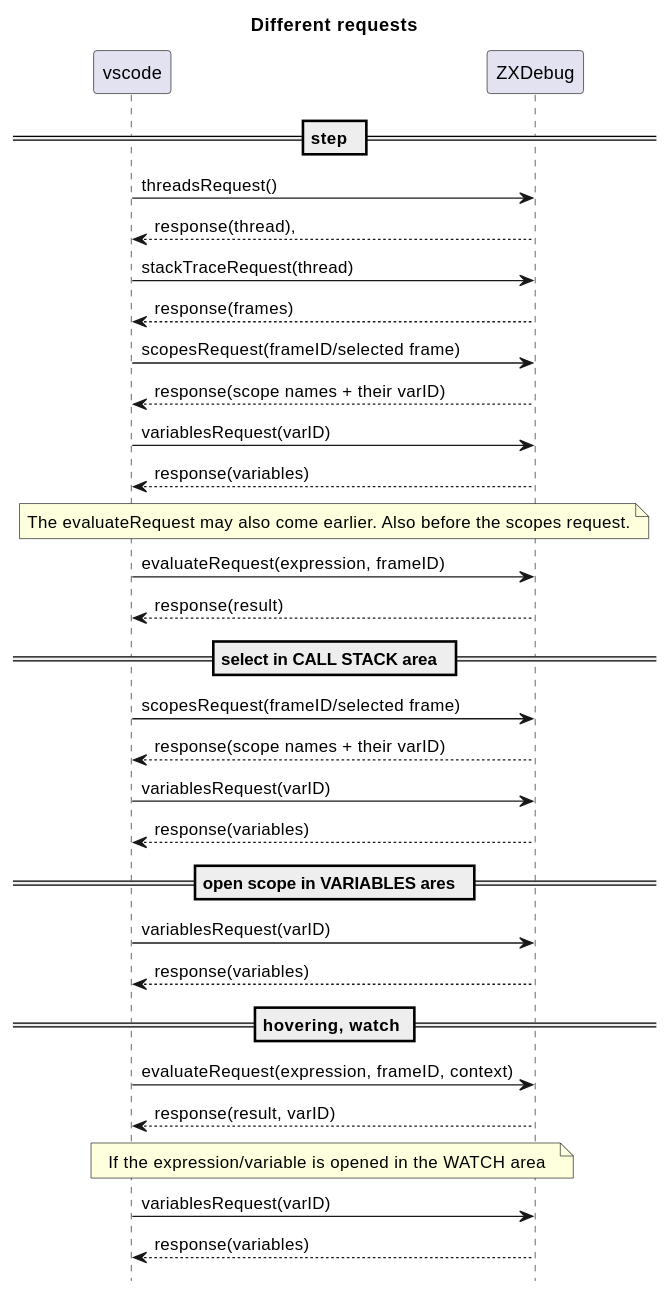
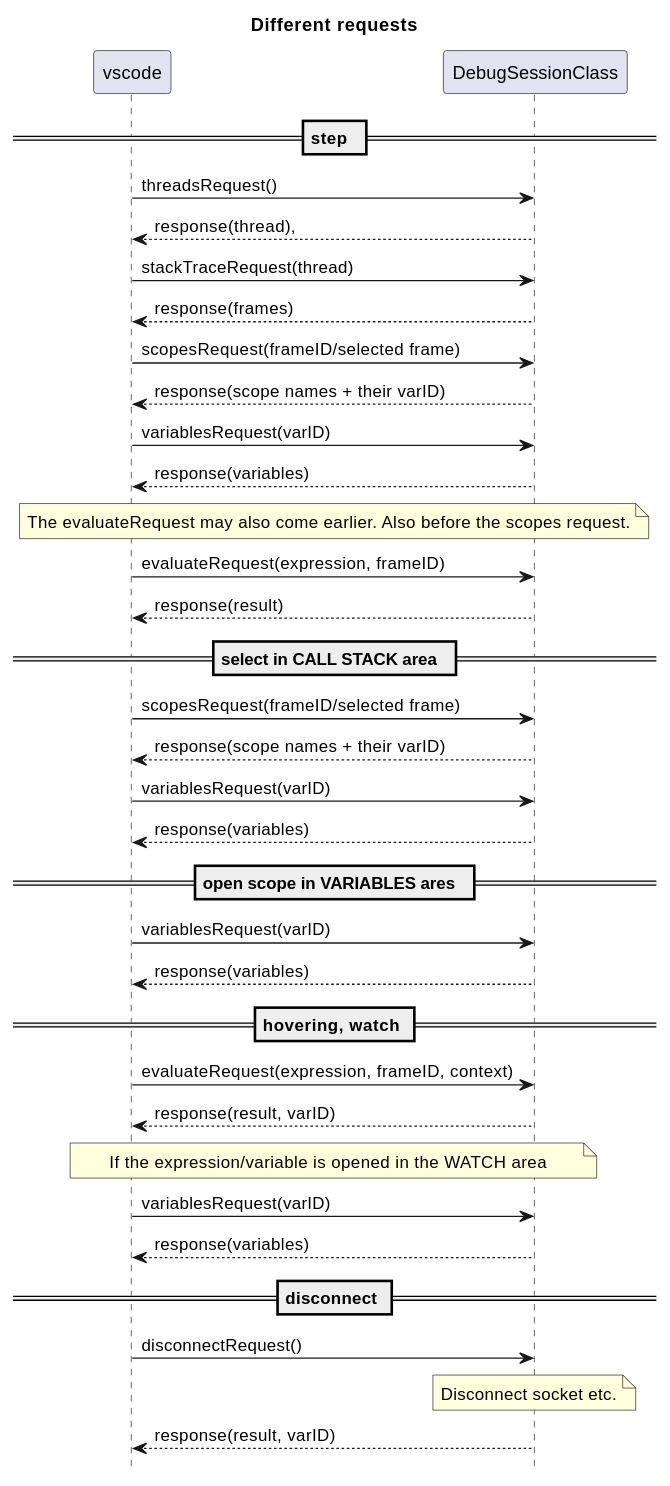
The diagram in design/requests.md (maziac/DeZog), drawn with PlantUML before and after one commit. The commit also changed 3 other files, not shown here.

`````diff
--- a/design/requests.md
+++ b/design/requests.md
@@ -3,53 +3,62 @@
 ```puml
 title Different requests
 
 hide footbox
 
 
 participant vscode
-participant ZXDebug
+participant ZXDebug as "DebugSessionClass"
 'participant ZXSocket as "Zesarux\nSocket"
 
 == step  ==
 
 vscode -> ZXDebug: threadsRequest()
 vscode <-- ZXDebug: response(thread)‚
 
 vscode -> ZXDebug: stackTraceRequest(thread)
 vscode <-- ZXDebug: response(frames)
 
 vscode -> ZXDebug: scopesRequest(frameID/selected frame)
 vscode <-- ZXDebug: response(scope names + their varID)
 
 vscode -> ZXDebug: variablesRequest(varID)
 vscode <-- ZXDebug: response(variables)
 
 note over vscode, ZXDebug: The evaluateRequest may also come earlier. Also before the scopes request.
 vscode -> ZXDebug: evaluateRequest(expression, frameID)
 vscode <-- ZXDebug: response(result)
 
 == select in CALL STACK area  ==
 
 vscode -> ZXDebug: scopesRequest(frameID/selected frame)
 vscode <-- ZXDebug: response(scope names + their varID)
 
 vscode -> ZXDebug: variablesRequest(varID)
 vscode <-- ZXDebug: response(variables)
 
 
 == open scope in VARIABLES ares  ==
 
 vscode -> ZXDebug: variablesRequest(varID)
 vscode <-- ZXDebug: response(variables)
 
 
 == hovering, watch ==
 
 vscode -> ZXDebug: evaluateRequest(expression, frameID, context)
 vscode <-- ZXDebug: response(result, varID)
 
 note over vscode, ZXDebug: If the expression/variable is opened in the WATCH area
 
 vscode -> ZXDebug: variablesRequest(varID)
 vscode <-- ZXDebug: response(variables)
+
+
+== disconnect ==
+
+vscode -> ZXDebug: disconnectRequest()
+
+note over ZXDebug: Disconnect socket etc.
+
+vscode <-- ZXDebug: response(result, varID)
 ````
`````
